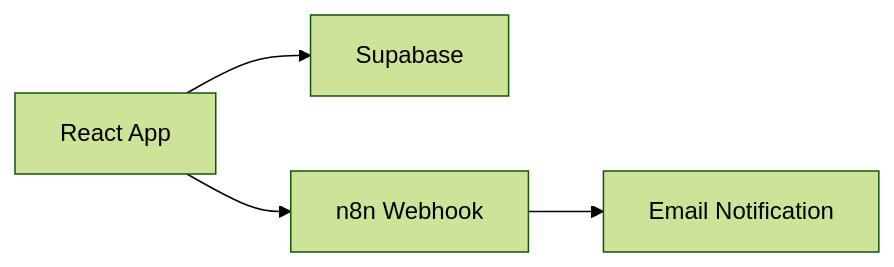
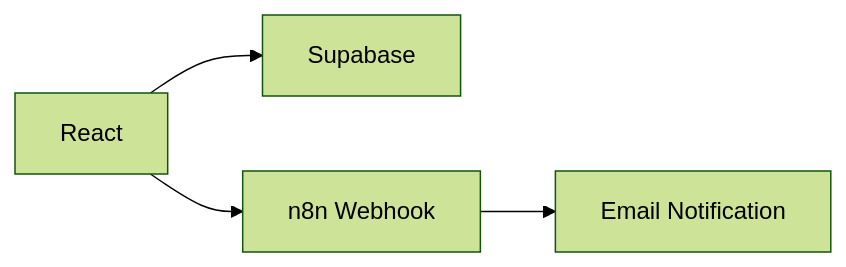
One commit to GabrielAlvesGit/Desafio_DEV_LEGAL_FitScore changed the diagram in README.md. Above: the diagram before and after it, drawn with Mermaid (forest theme). The commit also changed other lines of this file, not shown here.

````diff
--- a/README.md
+++ b/README.md
@@ -18,6 +18,6 @@
 ```mermaid
 graph LR
-    A[React App] --> B[Supabase]
+    A[React] --> B[Supabase]
     A --> C[n8n Webhook]
     C --> D[Email Notification]
 ```
````
